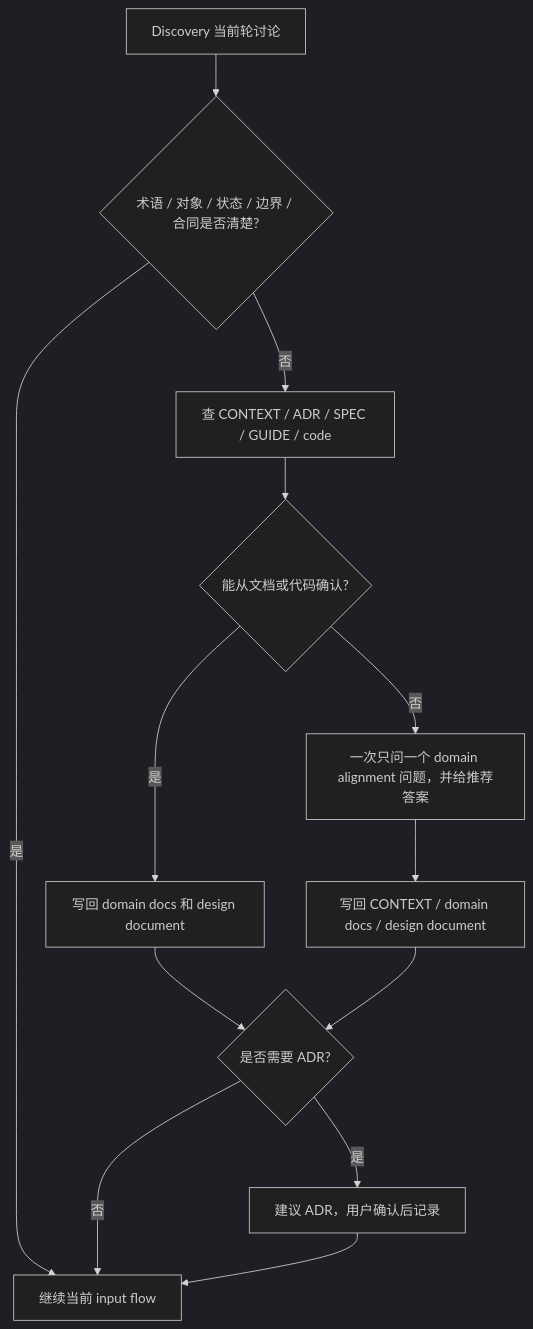
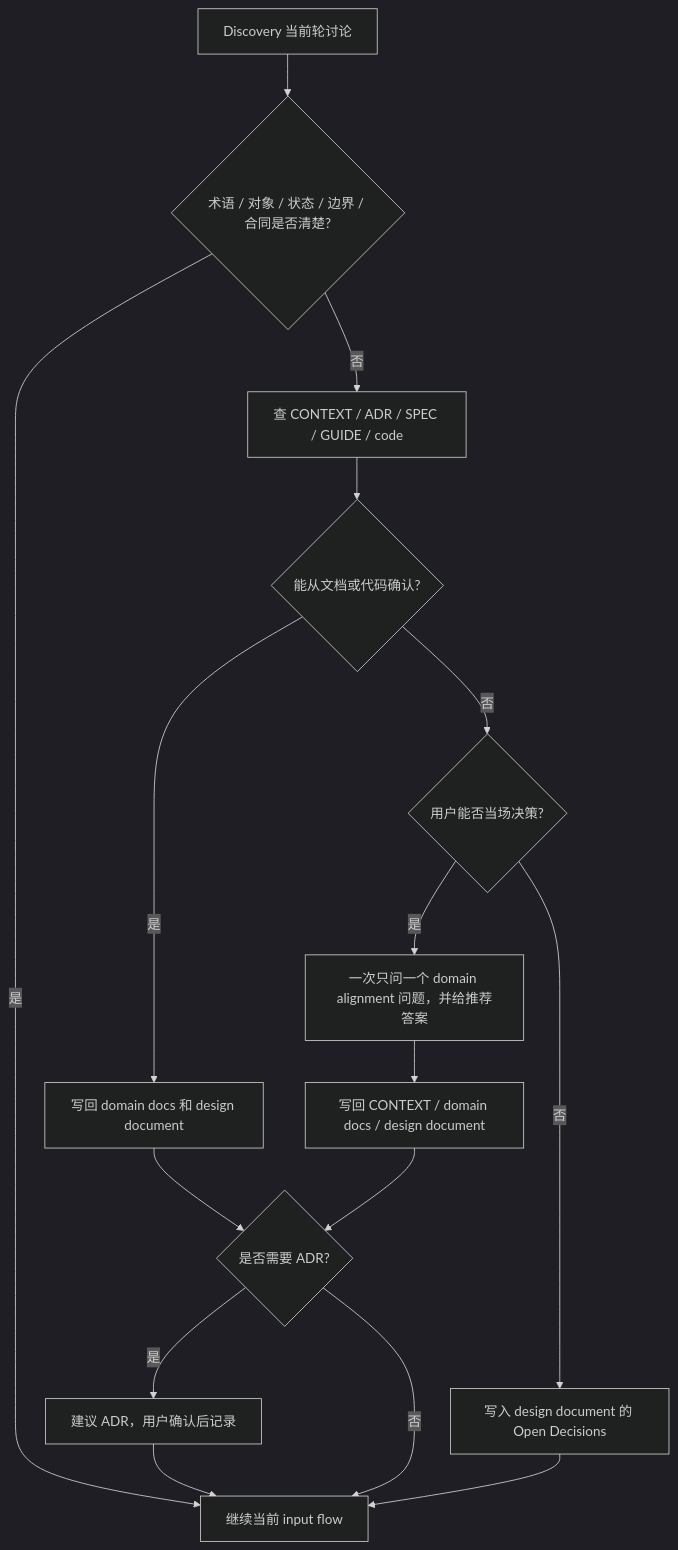
One commit to chancheuklap/multi-model-workflow changed the diagram in .agents/skills/orchestrate-discovery/references/domain-alignment.md. Above: the diagram before and after it, drawn with Mermaid (dark theme). The commit also changed 4 other files, not shown here.

Commit message:
Align orchestrate flowcharts with routing text

````diff
--- a/.agents/skills/orchestrate-discovery/references/domain-alignment.md
+++ b/.agents/skills/orchestrate-discovery/references/domain-alignment.md
@@ -47,15 +47,18 @@
 ```mermaid
 flowchart TD
     A["Discovery 当前轮讨论"] --> B{"术语 / 对象 / 状态 / 边界 / 合同是否清楚?"}
     B -->|是| C["继续当前 input flow"]
     B -->|否| D["查 CONTEXT / ADR / SPEC / GUIDE / code"]
     D --> E{"能从文档或代码确认?"}
     E -->|是| F["写回 domain docs 和 design document"]
-    E -->|否| G["一次只问一个 domain alignment 问题，并给推荐答案"]
-    G --> H["写回 CONTEXT / domain docs / design document"]
-    F --> I{"是否需要 ADR?"}
-    H --> I
-    I -->|是| J["建议 ADR，用户确认后记录"]
-    I -->|否| C
+    E -->|否| G{"用户能否当场决策?"}
+    G -->|是| H["一次只问一个 domain alignment 问题，并给推荐答案"]
+    H --> W["写回 CONTEXT / domain docs / design document"]
+    G -->|否| K["写入 design document 的 Open Decisions"]
+    F --> R{"是否需要 ADR?"}
+    K --> C
+    W --> R
+    R -->|是| J["建议 ADR，用户确认后记录"]
+    R -->|否| C
     J --> C
 ```
````
